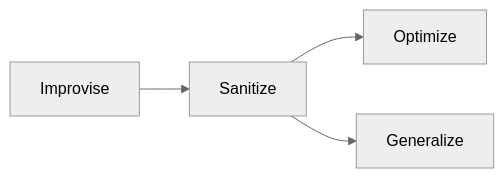
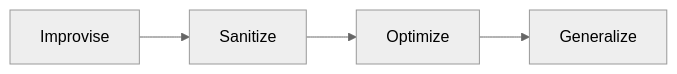
Before and after one commit to dale-stewart/ai-show-and-tell: the diagram in README.md, drawn with Mermaid (neutral theme).

Commit message:
Revert the Mermaid diagram back to its original form

````diff
--- a/README.md
+++ b/README.md
@@ -12,11 +12,11 @@
 ```mermaid
 graph LR
     A["Improvise"]
     B["Sanitize"]
     C["Optimize"]
     D["Generalize"]
 
     A --> B
     B --> C
-    B --> D
+    C --> D
 ```
````
